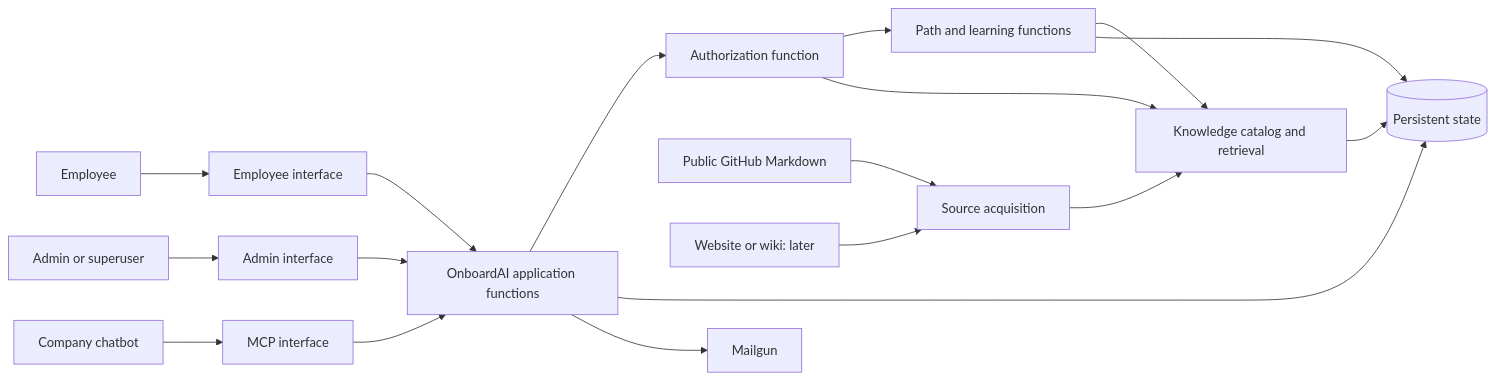
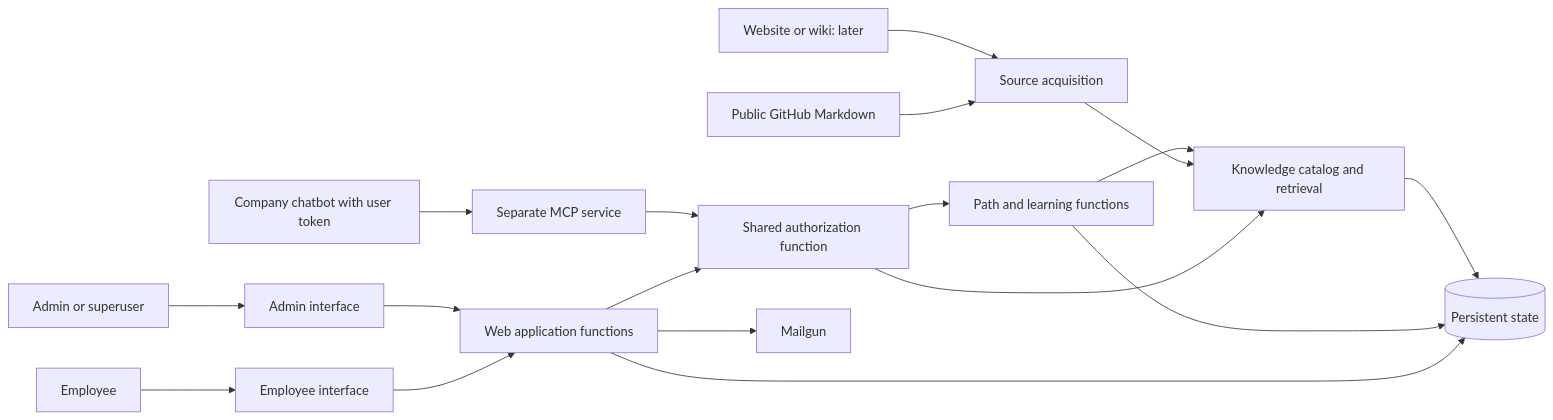
Before and after one commit to evanagor2005/OnboardAI-Architecture: the diagram in design/01-system-overview.md, drawn with Mermaid. The commit also changed other lines of this file and 3 other files, not shown here.

Commit message:
Record separate MCP service and per-user token design

````diff
--- a/design/01-system-overview.md
+++ b/design/01-system-overview.md
@@ -30,20 +30,20 @@
 ```mermaid
 flowchart LR
     employee[Employee] --> employee_ui[Employee interface]
     admin[Admin or superuser] --> admin_ui[Admin interface]
-    chatbot[Company chatbot] --> mcp[MCP interface]
-    employee_ui --> app[OnboardAI application functions]
-    admin_ui --> app
-    mcp --> app
-    app --> policy[Authorization function]
+    chatbot[Company chatbot with user token] --> mcp[Separate MCP service]
+    employee_ui --> web[Web application functions]
+    admin_ui --> web
+    web --> policy[Shared authorization function]
+    mcp --> policy
     policy --> paths[Path and learning functions]
     policy --> knowledge[Knowledge catalog and retrieval]
-    app --> state[(Persistent state)]
+    web --> state[(Persistent state)]
     github[Public GitHub Markdown] --> acquisition[Source acquisition]
     wiki[Website or wiki: later] --> acquisition
     acquisition --> knowledge
     paths --> knowledge
     paths --> state
     knowledge --> state
-    app --> mailgun[Mailgun]
+    web --> mailgun[Mailgun]
 ```
````
